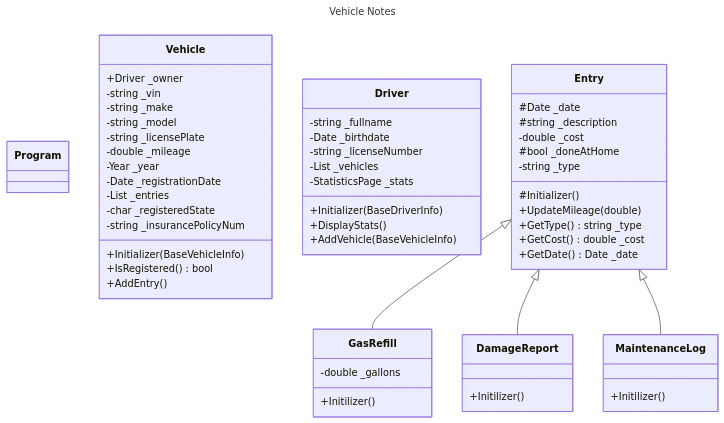
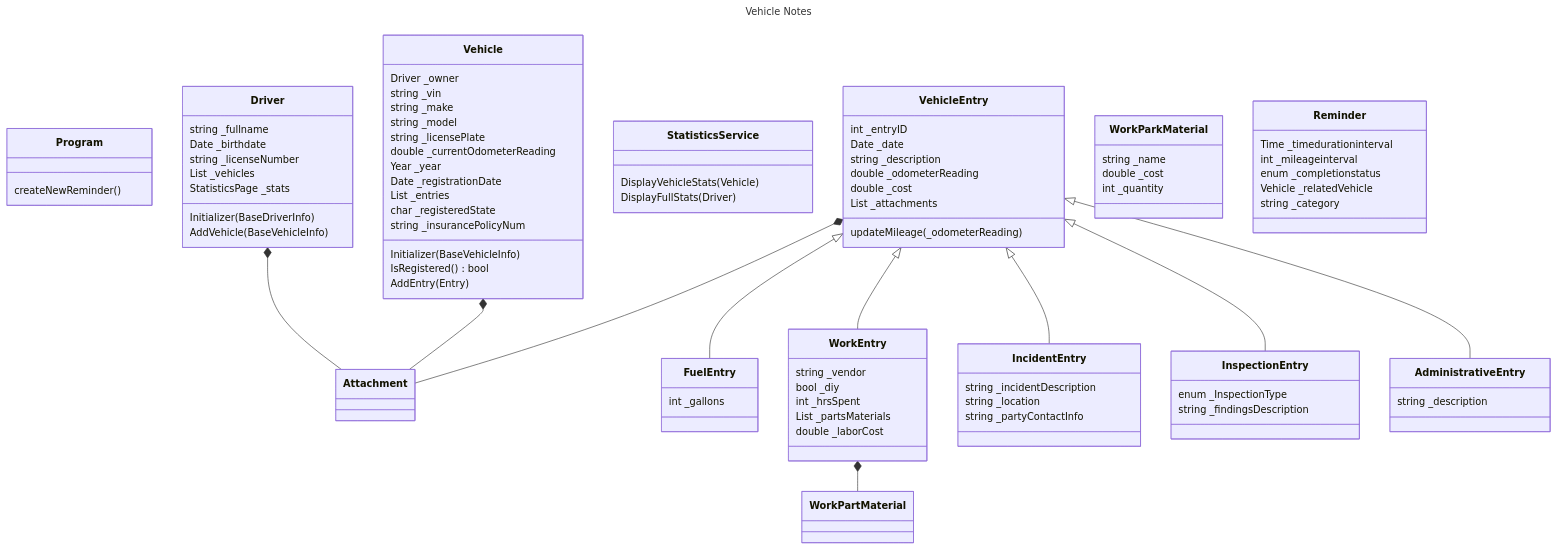
The diagram in docs/prototypes_class_diagram.md (brooksjake/VehicleNotes), drawn with Mermaid before and after one commit. The commit also changed 5 other files, not shown here.

Commit message:
finished class diagram and planning, now starting on implementation

````diff
--- a/docs/prototypes_class_diagram.md
+++ b/docs/prototypes_class_diagram.md
@@ -7,58 +7,99 @@
 classDiagram
     class Program {
         
+        createNewReminder()
     }
     class Vehicle {
-        +Driver _owner
-        -string _vin
-        -string _make
-        -string _model
-        -string _licensePlate
-        -double _mileage
-        -Year _year
-        -Date _registrationDate
-        -List<Entry> _entries
-        -char _registeredState
-        -string _insurancePolicyNum
+        Driver _owner
+        string _vin
+        string _make
+        string _model
+        string _licensePlate
+        double _currentOdometerReading
+        Year _year
+        Date _registrationDate
+        List<Entry> _entries
+        char _registeredState
+        string _insurancePolicyNum
         
-        +Initializer(BaseVehicleInfo)
-        +IsRegistered() bool
-        +AddEntry()
+        Initializer(BaseVehicleInfo)
+        IsRegistered() bool
+        AddEntry(Entry)
     }
     class Driver {
-        -string _fullname
-        -Date _birthdate
-        -string _licenseNumber
-        -List<Vehicle> _vehicles
-        -StatisticsPage _stats
+        string _fullname
+        Date _birthdate
+        string _licenseNumber
+        List<Vehicle> _vehicles
+        StatisticsPage _stats
         
-        +Initializer(BaseDriverInfo)
-        +DisplayStats()
-        +AddVehicle(BaseVehicleInfo)
+        Initializer(BaseDriverInfo)
+        AddVehicle(BaseVehicleInfo)
     }
-    class Entry {
-        #Date _date
-        #string _description
-        -double _cost
-        #bool _doneAtHome
-        -string _type
-        #Initializer()
-        +UpdateMileage(double)
-        +GetType() string _type
-        +GetCost() double _cost
-        +GetDate() Date _date
+    class StatisticsService {
+        DisplayVehicleStats(Vehicle)
+        DisplayFullStats(Driver)
     }
-    class GasRefill {
-        -double _gallons
-        +Initilizer()
+    class VehicleEntry { <!-- baseclass -->
+        int _entryID <!-- when might i need this? would i need to store these in a list outside of this class so as to be able to search/call them? -->
+        Date _date
+        string _description <!-- optional -->
+        double _odometerReading
+        double _cost 
+        List<Attachment> _attachments <!-- optional -->
+        
+        updateMileage(_odometerReading)
     }
-    class DamageReport {
-        +Initilizer()
+    class Attachment {
+        
     }
-    class MaintenanceLog {
-        +Initilizer()
+    VehicleEntry *-- Attachment
+    Driver *-- Attachment
+    Vehicle *-- Attachment
+    class FuelEntry {
+        int _gallons
     }
-    Entry <|-- GasRefill
-    Entry <|-- DamageReport
-    Entry <|-- MaintenanceLog
+    class WorkEntry {
+        string _vendor
+        bool _diy
+        int _hrsSpent
+        List<WorkPartMaterial> _partsMaterials
+        double _laborCost
+        
+        <!-- maybe i could have a list of suggested common works like oil change, wiper fluid, brake pad replace, tire replace, interior clean, exterior clean, etc. ? YES, selectable options -->
+    }
+    class WorkParkMaterial {
+        string _name
+        double _cost
+        int _quantity
+        <!-- can this class maybe be contained in the workentry class?  NO, separate class is better -->
+    }
+    WorkEntry *-- WorkPartMaterial
+    class IncidentEntry {
+        string  _incidentDescription <!-- should this rewrite the base _description? NO -->
+        string _location
+        string _partyContactInfo
+    }
+    class InspectionEntry {
+        enum _InspectionType
+        string  _findingsDescription
+        <!-- maybe this is overkill for now, i mean what else goes here? MEH keep it for now -->
+    }
+    class AdministrativeEntry {
+        string _description
+    }
+    VehicleEntry <|-- FuelEntry
+    VehicleEntry <|-- WorkEntry
+    VehicleEntry <|-- IncidentEntry
+    VehicleEntry <|-- InspectionEntry
+    VehicleEntry <|-- AdministrativeEntry
+    
+    class Reminder {
+        Time _timedurationinterval
+        int _mileageinterval
+        enum _completionstatus
+        Vehicle _relatedVehicle
+        string _category <!-- this would be one of the 6 entry class names: fuel, work, incident, inspection, administrative -->
+        <!-- should i maybe make this a base class, and have 2 child classes mileagebased, and calendarbased? NO could be both -->
+    }
 ```
````
